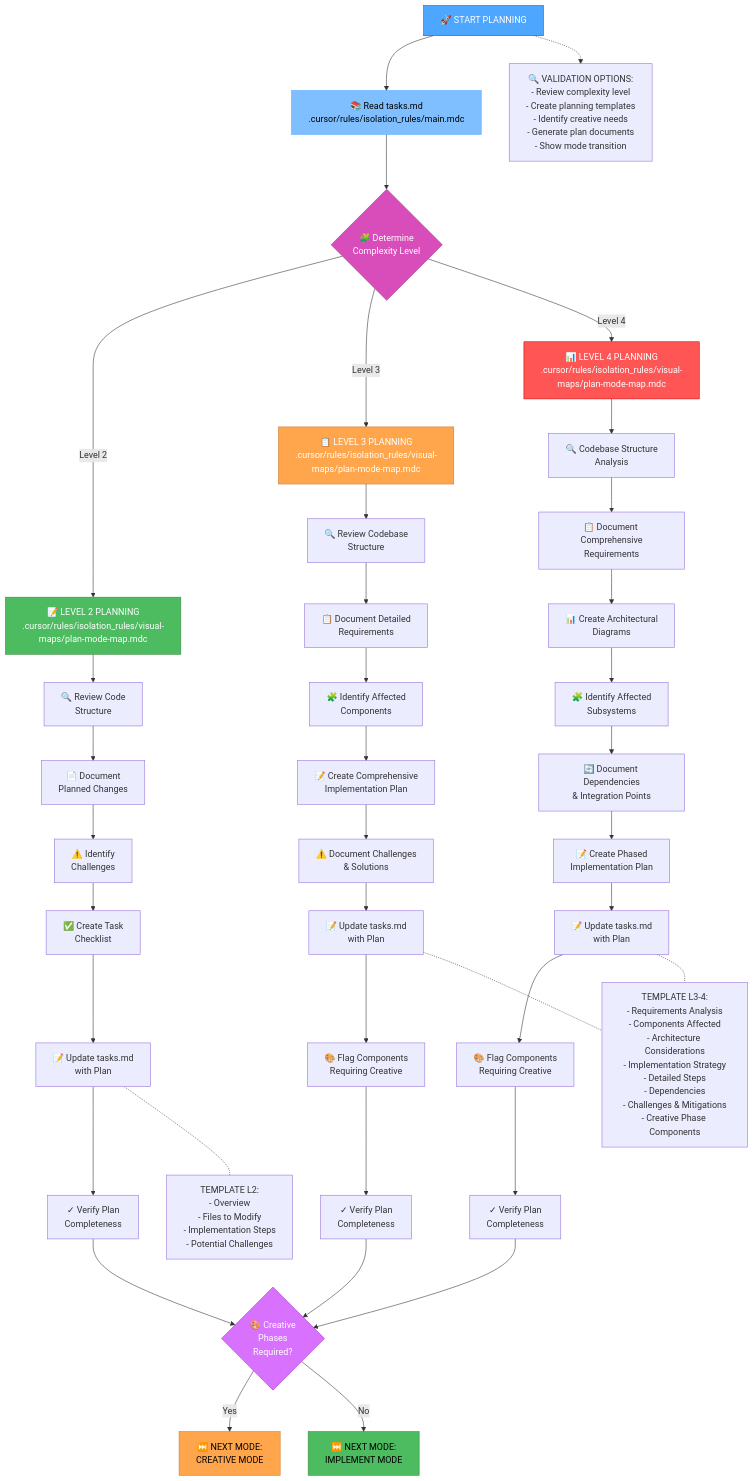
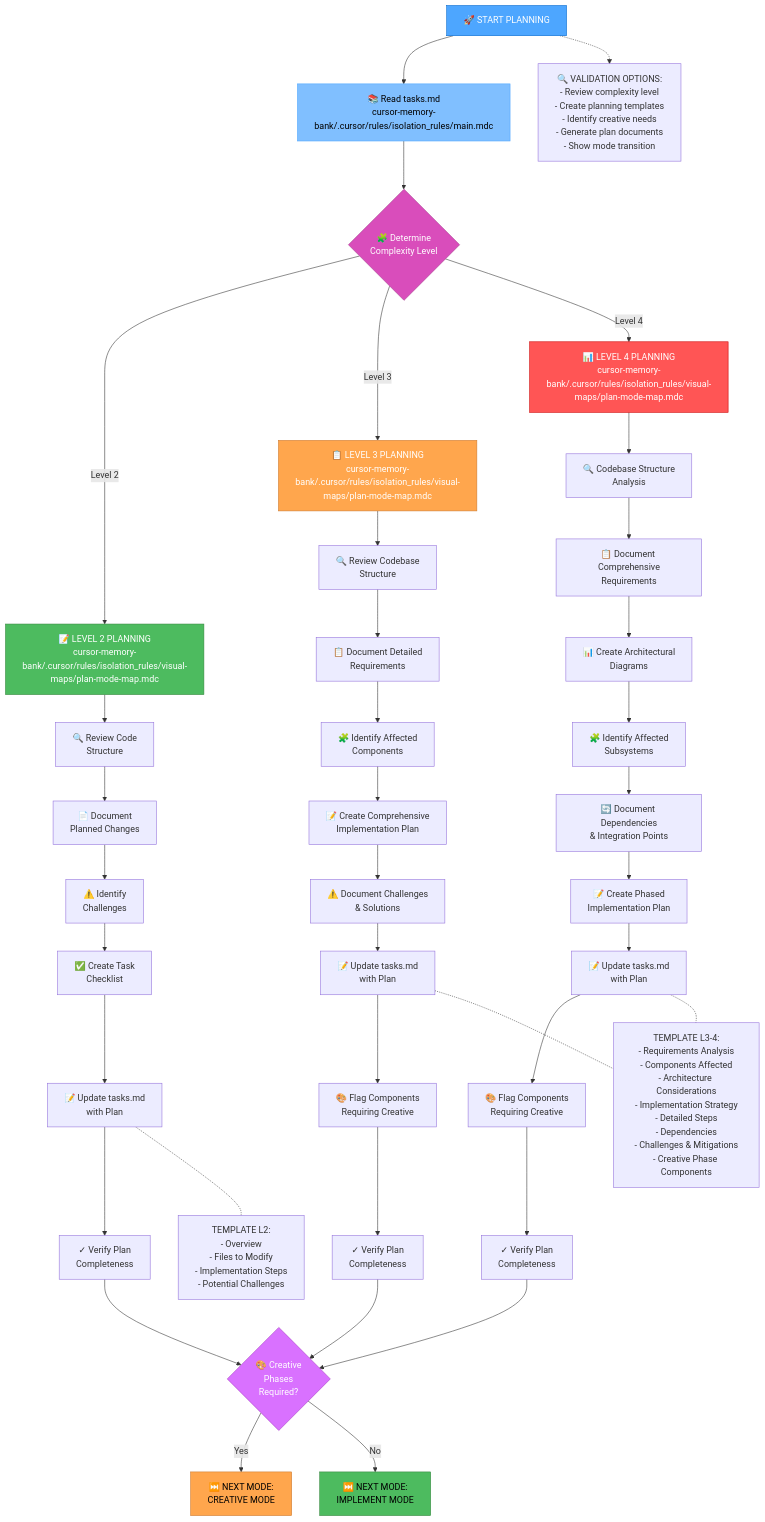
The first of 5 diagrams in cursor-memory-bank/custom_modes/plan_instructions.md (aeroalgo/robots), drawn with Mermaid before and after one commit. The commit also changed other lines of this file and 20 other files, not shown here.

````diff
--- a/cursor-memory-bank/custom_modes/plan_instructions.md
+++ b/cursor-memory-bank/custom_modes/plan_instructions.md
@@ -5,64 +5,64 @@
 ```mermaid
 graph TD
-    Start["🚀 START PLANNING"] --> ReadTasks["📚 Read tasks.md<br>.cursor/rules/isolation_rules/main.mdc"]
+    Start["🚀 START PLANNING"] --> ReadTasks["📚 Read tasks.md<br>cursor-memory-bank/.cursor/rules/isolation_rules/main.mdc"]
     
     %% Complexity Level Determination
     ReadTasks --> CheckLevel{"🧩 Determine<br>Complexity Level"}
-    CheckLevel -->|"Level 2"| Level2["📝 LEVEL 2 PLANNING<br>.cursor/rules/isolation_rules/visual-maps/plan-mode-map.mdc"]
-    CheckLevel -->|"Level 3"| Level3["📋 LEVEL 3 PLANNING<br>.cursor/rules/isolation_rules/visual-maps/plan-mode-map.mdc"]
-    CheckLevel -->|"Level 4"| Level4["📊 LEVEL 4 PLANNING<br>.cursor/rules/isolation_rules/visual-maps/plan-mode-map.mdc"]
+    CheckLevel -->|"Level 2"| Level2["📝 LEVEL 2 PLANNING<br>cursor-memory-bank/.cursor/rules/isolation_rules/visual-maps/plan-mode-map.mdc"]
+    CheckLevel -->|"Level 3"| Level3["📋 LEVEL 3 PLANNING<br>cursor-memory-bank/.cursor/rules/isolation_rules/visual-maps/plan-mode-map.mdc"]
+    CheckLevel -->|"Level 4"| Level4["📊 LEVEL 4 PLANNING<br>cursor-memory-bank/.cursor/rules/isolation_rules/visual-maps/plan-mode-map.mdc"]
     
     %% Level 2 Planning
     Level2 --> L2Review["🔍 Review Code<br>Structure"]
     L2Review --> L2Document["📄 Document<br>Planned Changes"]
     L2Document --> L2Challenges["⚠️ Identify<br>Challenges"]
     L2Challenges --> L2Checklist["✅ Create Task<br>Checklist"]
     L2Checklist --> L2Update["📝 Update tasks.md<br>with Plan"]
     L2Update --> L2Verify["✓ Verify Plan<br>Completeness"]
     
     %% Level 3 Planning
     Level3 --> L3Review["🔍 Review Codebase<br>Structure"]
     L3Review --> L3Requirements["📋 Document Detailed<br>Requirements"]
     L3Requirements --> L3Components["🧩 Identify Affected<br>Components"]
     L3Components --> L3Plan["📝 Create Comprehensive<br>Implementation Plan"]
     L3Plan --> L3Challenges["⚠️ Document Challenges<br>& Solutions"]
     L3Challenges --> L3Update["📝 Update tasks.md<br>with Plan"]
     L3Update --> L3Flag["🎨 Flag Components<br>Requiring Creative"]
     L3Flag --> L3Verify["✓ Verify Plan<br>Completeness"]
     
     %% Level 4 Planning
     Level4 --> L4Analysis["🔍 Codebase Structure<br>Analysis"]
     L4Analysis --> L4Requirements["📋 Document Comprehensive<br>Requirements"]
     L4Requirements --> L4Diagrams["📊 Create Architectural<br>Diagrams"]
     L4Diagrams --> L4Subsystems["🧩 Identify Affected<br>Subsystems"]
     L4Subsystems --> L4Dependencies["🔄 Document Dependencies<br>& Integration Points"]
     L4Dependencies --> L4Plan["📝 Create Phased<br>Implementation Plan"]
     L4Plan --> L4Update["📝 Update tasks.md<br>with Plan"]
     L4Update --> L4Flag["🎨 Flag Components<br>Requiring Creative"]
     L4Flag --> L4Verify["✓ Verify Plan<br>Completeness"]
     
     %% Verification & Completion
     L2Verify & L3Verify & L4Verify --> CheckCreative{"🎨 Creative<br>Phases<br>Required?"}
     
     %% Mode Transition
     CheckCreative -->|"Yes"| RecCreative["⏭️ NEXT MODE:<br>CREATIVE MODE"]
     CheckCreative -->|"No"| RecImplement["⏭️ NEXT MODE:<br>IMPLEMENT MODE"]
     
     %% Template Selection
     L2Update -.- Template2["TEMPLATE L2:<br>- Overview<br>- Files to Modify<br>- Implementation Steps<br>- Potential Challenges"]
     L3Update & L4Update -.- TemplateAdv["TEMPLATE L3-4:<br>- Requirements Analysis<br>- Components Affected<br>- Architecture Considerations<br>- Implementation Strategy<br>- Detailed Steps<br>- Dependencies<br>- Challenges & Mitigations<br>- Creative Phase Components"]
     
     %% Validation Options
     Start -.-> Validation["🔍 VALIDATION OPTIONS:<br>- Review complexity level<br>- Create planning templates<br>- Identify creative needs<br>- Generate plan documents<br>- Show mode transition"]
 
     %% Styling
     style Start fill:#4da6ff,stroke:#0066cc,color:white
     style ReadTasks fill:#80bfff,stroke:#4da6ff,color:black
     style CheckLevel fill:#d94dbb,stroke:#a3378a,color:white
     style Level2 fill:#4dbb5f,stroke:#36873f,color:white
     style Level3 fill:#ffa64d,stroke:#cc7a30,color:white
     style Level4 fill:#ff5555,stroke:#cc0000,color:white
     style CheckCreative fill:#d971ff,stroke:#a33bc2,color:white
     style RecCreative fill:#ffa64d,stroke:#cc7a30,color:black
     style RecImplement fill:#4dbb5f,stroke:#36873f,color:black
 ```
````
